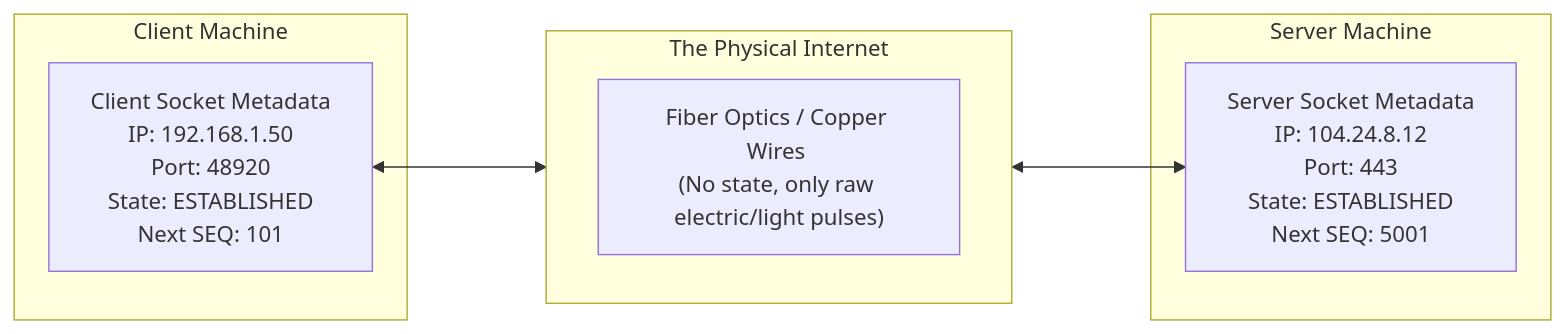
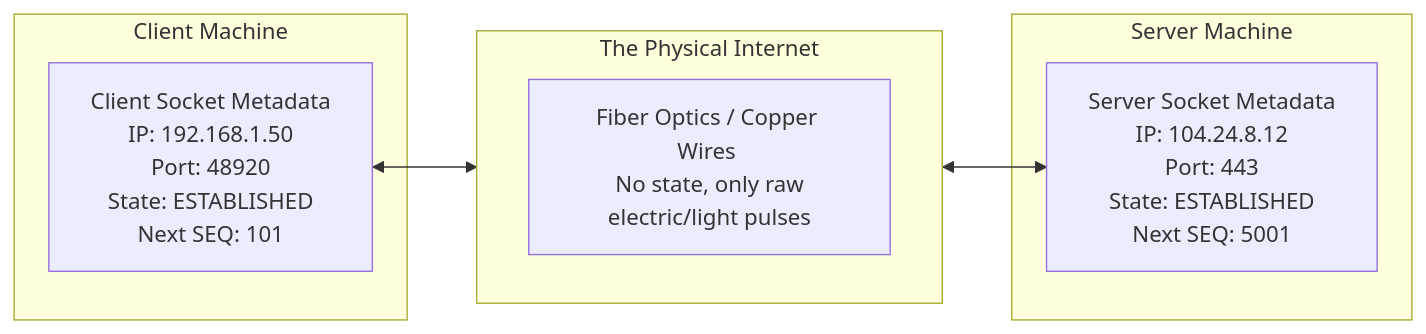
The first of 14 diagrams in content/networking.md (awoladhossain/awolad-docs), drawn with Mermaid before and after one commit. The commit also changed other lines of this file, not shown here.

Commit message:
fix: resolve all Mermaid diagram syntax and parsing errors in networking.md

````diff
--- a/content/networking.md
+++ b/content/networking.md
@@ -21,18 +21,18 @@
 ```mermaid
 flowchart LR
-    subgraph ClientHost [Client Machine]
+    subgraph ClientHost ["Client Machine"]
         ClientSocket["Client Socket Metadata <br> IP: 192.168.1.50 <br> Port: 48920 <br> State: ESTABLISHED <br> Next SEQ: 101"]
     end
     
-    subgraph NetworkWire [The Physical Internet]
+    subgraph NetworkWire ["The Physical Internet"]
         direction LR
-        Wire["Fiber Optics / Copper Wires <br>(No state, only raw electric/light pulses)"]
+        Wire["Fiber Optics / Copper Wires <br> No state, only raw electric/light pulses"]
     end
     
-    subgraph ServerHost [Server Machine]
+    subgraph ServerHost ["Server Machine"]
         ServerSocket["Server Socket Metadata <br> IP: 104.24.8.12 <br> Port: 443 <br> State: ESTABLISHED <br> Next SEQ: 5001"]
     end
     
-    ClientSocket <---> NetworkWire
-    NetworkWire <---> ServerSocket
+    ClientSocket <--> NetworkWire
+    NetworkWire <--> ServerSocket
 ```
````
